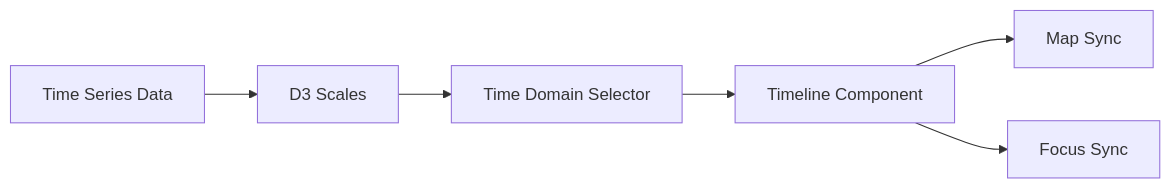
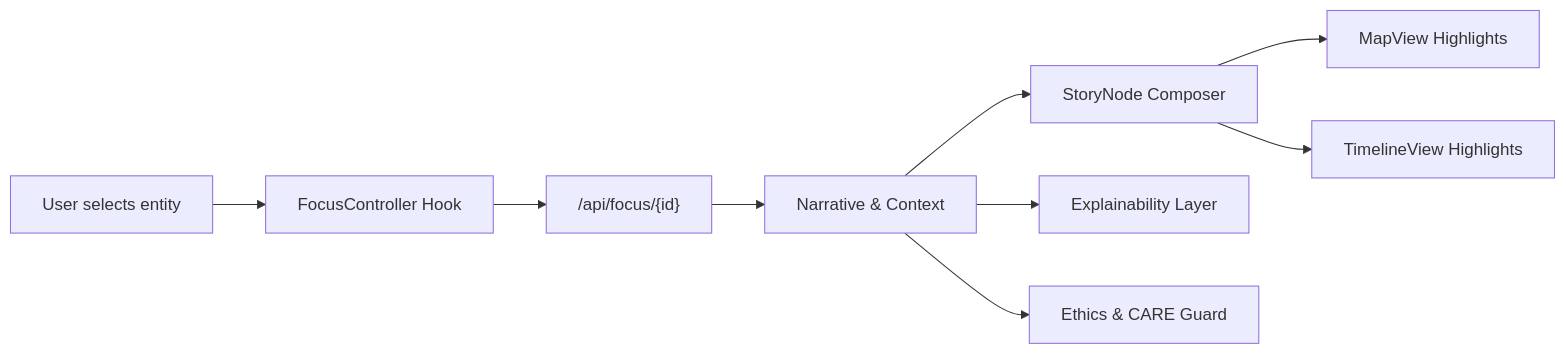
The second of 2 diagrams in web/src/ARCHITECTURE.md (bartytime4life/Kansas-Frontier-Matrix), drawn with Mermaid before and after one commit. The commit also changed other lines of this file, not shown here.

````diff
--- a/web/src/ARCHITECTURE.md
+++ b/web/src/ARCHITECTURE.md
@@ -254,8 +278,11 @@
 ```mermaid
 flowchart LR
-    TS[Time Series Data] --> SCALE[D3 Scales]
-    SCALE --> RANGE[Time Domain Selector]
-    RANGE --> UI[Timeline Component]
-    UI --> MAPSYNC[Map Sync]
-    UI --> FOCSYNC[Focus Sync]
+    U[User selects entity] --> C[FocusController Hook]
+    C --> Q["/api/focus/{id}"]
+    Q --> R[Narrative & Context]
+    R --> N[StoryNode Composer]
+    R --> X[Explainability Layer]
+    R --> E[Ethics & CARE Guard]
+    N --> MV[MapView Highlights]
+    N --> TL[TimelineView Highlights]
 ```
````
